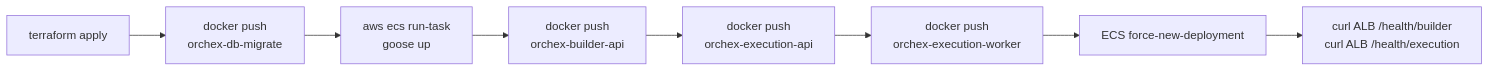
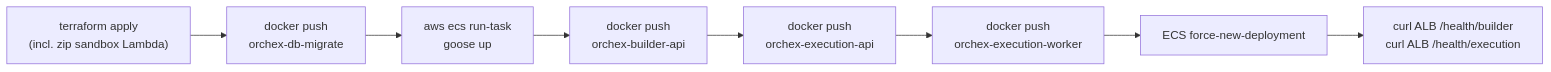
Before and after one commit to Nabhag8848/orchex: the third of 3 diagrams in infra/README.md, drawn with Mermaid. The commit also changed other lines of this file and 15 other files, not shown here.

First line of the commit message:
Add a shared Function sandbox Lambda and a worker Invoke ping.

````diff
--- a/infra/README.md
+++ b/infra/README.md
@@ -209,10 +217,10 @@
 ```mermaid
 flowchart LR
-  A["terraform apply"] --> B["docker push<br/>orchex-db-migrate"]
+  A["terraform apply<br/>(incl. zip sandbox Lambda)"] --> B["docker push<br/>orchex-db-migrate"]
   B --> C["aws ecs run-task<br/>goose up"]
   C --> D["docker push<br/>orchex-builder-api"]
   D --> E["docker push<br/>orchex-execution-api"]
   E --> F["docker push<br/>orchex-execution-worker"]
   F --> G["ECS force-new-deployment"]
   G --> H["curl ALB /health/builder<br/>curl ALB /health/execution"]
 ```
````
